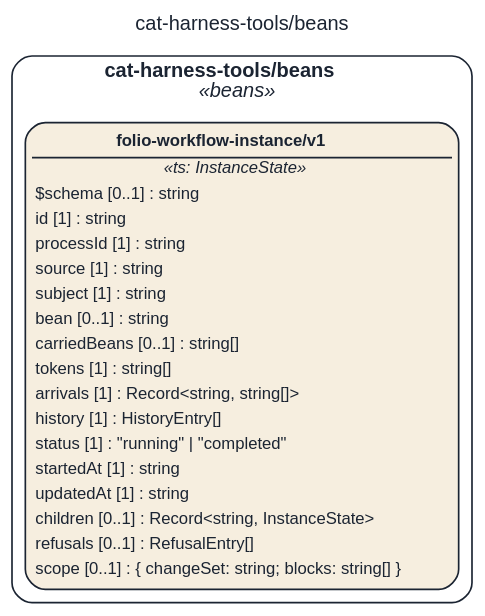
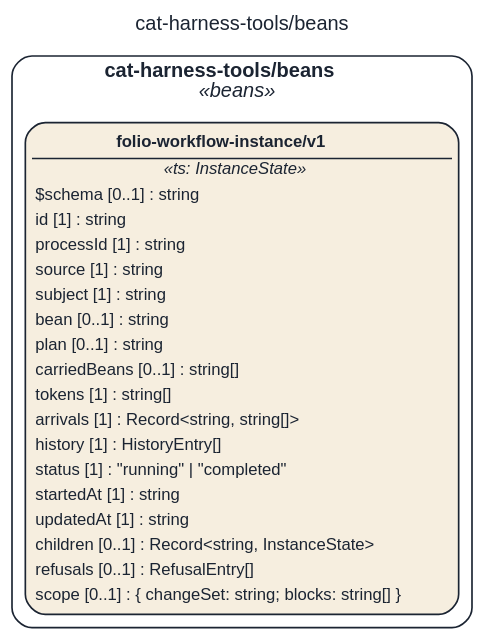
One commit to litlfred/folio-assistant changed the diagram in assets/img/uml/overview/cat-harness-tools/beans.dot. Above: the diagram before and after it, drawn with Graphviz. The commit also changed 14697 other files, not shown here.

```diff
--- a/assets/img/uml/overview/cat-harness-tools/beans.dot
+++ b/assets/img/uml/overview/cat-harness-tools/beans.dot
@@ -1,11 +1,11 @@
 // GENERATED by cat-harness-tools/scripts/gen-uml-overview.ts — do not edit.
 // Rendered page (interactive view, same model): https://litlfred.github.io/folio-assistant/uml/overview/cat-harness-tools/beans.html
 digraph "cat_harness_tools_beans" {
   graph [label="cat-harness-tools/beans", labelloc=t, fontname="Helvetica", fontsize=12, fontcolor="#1b2432", newrank=true, ratio=auto, nodesep=0.3, ranksep=0.5, bgcolor="transparent"];
   node [shape=box, style="rounded,filled", margin=0.05, fontname="Helvetica", fontsize=10, color="#1b2432", fontcolor="#1b2432"];
   edge [color="#1b2432", fontcolor="#1b2432", fontname="Helvetica", fontsize=9];
   subgraph "cluster_pkg_cat_harness_tools_beans" {
     label=<<b>cat-harness-tools/beans</b><br/><i>«beans»</i>>; style="rounded"; color="#1b2432"; class="fa_uml_subgraph";
-    "cat_harness_tools_beans_folio_workflow_instance_v1" [fillcolor="#f6eedf", class="fa_uml_kind_beans", label=<<table border="0" cellborder="0" cellspacing="0" cellpadding="2"><tr><td border="1" sides="b"><b>folio-workflow-instance/v1</b></td></tr><tr><td><i>«ts: InstanceState»</i></td></tr><tr><td align="left">$schema [0..1] : string</td></tr><tr><td align="left">id [1] : string</td></tr><tr><td align="left">processId [1] : string</td></tr><tr><td align="left">source [1] : string</td></tr><tr><td align="left">subject [1] : string</td></tr><tr><td align="left">bean [0..1] : string</td></tr><tr><td align="left">carriedBeans [0..1] : string[]</td></tr><tr><td align="left">tokens [1] : string[]</td></tr><tr><td align="left">arrivals [1] : Record&lt;string, string[]&gt;</td></tr><tr><td align="left">history [1] : HistoryEntry[]</td></tr><tr><td align="left">status [1] : &quot;running&quot; | &quot;completed&quot;</td></tr><tr><td align="left">startedAt [1] : string</td></tr><tr><td align="left">updatedAt [1] : string</td></tr><tr><td align="left">children [0..1] : Record&lt;string, InstanceState&gt;</td></tr><tr><td align="left">refusals [0..1] : RefusalEntry[]</td></tr><tr><td align="left">scope [0..1] : { changeSet: string; blocks: string[] }</td></tr></table>>];
+    "cat_harness_tools_beans_folio_workflow_instance_v1" [fillcolor="#f6eedf", class="fa_uml_kind_beans", label=<<table border="0" cellborder="0" cellspacing="0" cellpadding="2"><tr><td border="1" sides="b"><b>folio-workflow-instance/v1</b></td></tr><tr><td><i>«ts: InstanceState»</i></td></tr><tr><td align="left">$schema [0..1] : string</td></tr><tr><td align="left">id [1] : string</td></tr><tr><td align="left">processId [1] : string</td></tr><tr><td align="left">source [1] : string</td></tr><tr><td align="left">subject [1] : string</td></tr><tr><td align="left">bean [0..1] : string</td></tr><tr><td align="left">plan [0..1] : string</td></tr><tr><td align="left">carriedBeans [0..1] : string[]</td></tr><tr><td align="left">tokens [1] : string[]</td></tr><tr><td align="left">arrivals [1] : Record&lt;string, string[]&gt;</td></tr><tr><td align="left">history [1] : HistoryEntry[]</td></tr><tr><td align="left">status [1] : &quot;running&quot; | &quot;completed&quot;</td></tr><tr><td align="left">startedAt [1] : string</td></tr><tr><td align="left">updatedAt [1] : string</td></tr><tr><td align="left">children [0..1] : Record&lt;string, InstanceState&gt;</td></tr><tr><td align="left">refusals [0..1] : RefusalEntry[]</td></tr><tr><td align="left">scope [0..1] : { changeSet: string; blocks: string[] }</td></tr></table>>];
   }
 }
```
